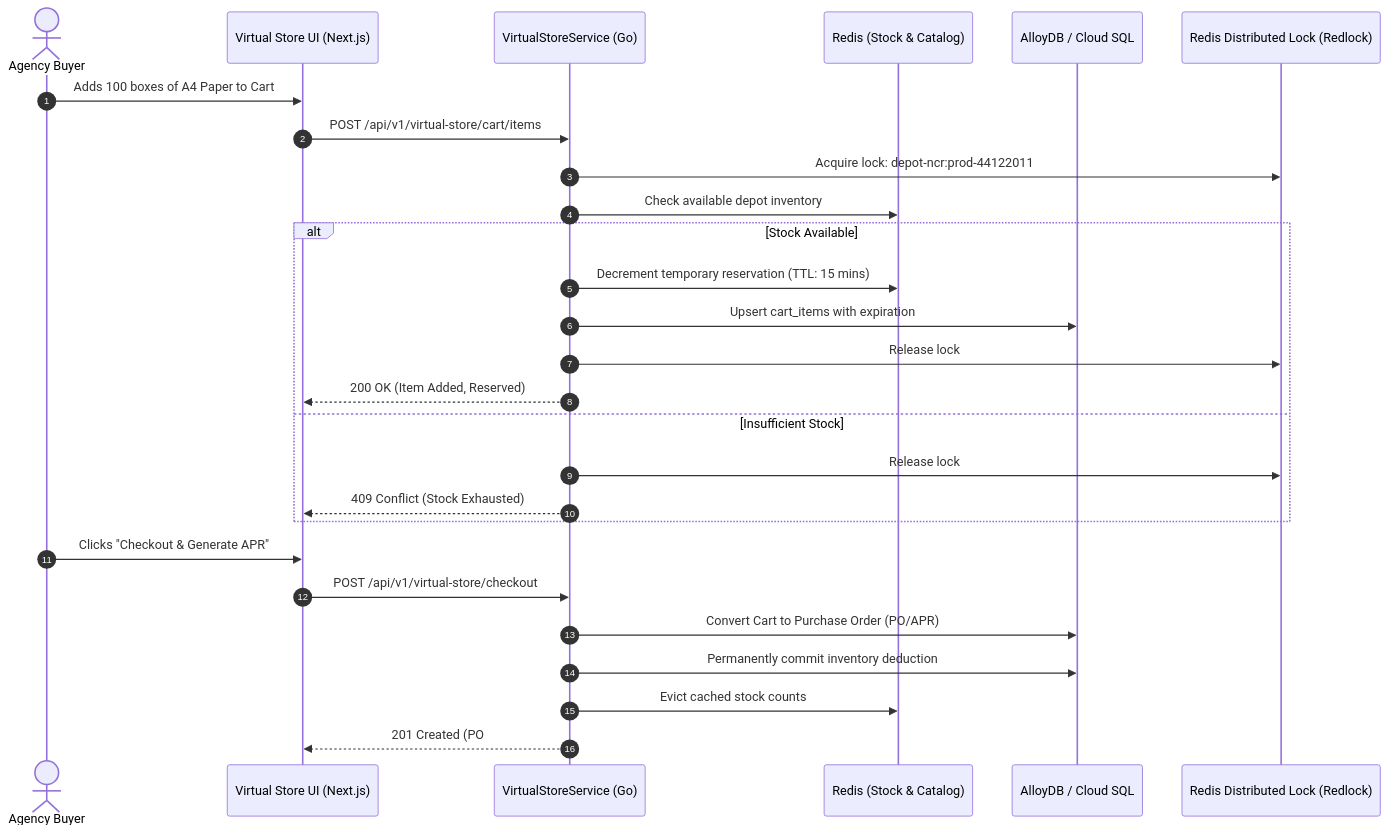
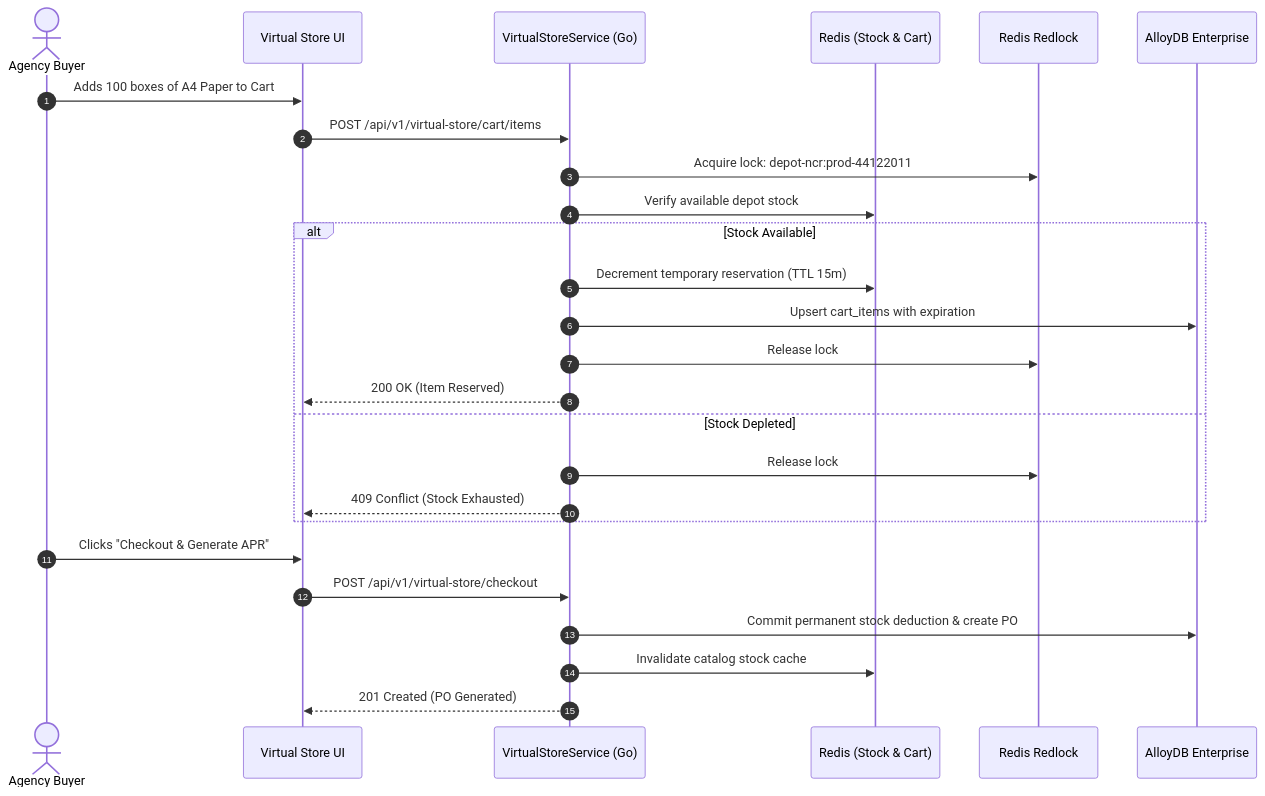
The fourth of 6 diagrams in mPhilGEPS_GoogleCloud_TDD.md (markea/psdbm-philgeps-2026), drawn with Mermaid before and after one commit. The commit also changed other lines of this file and 4 other files, not shown here.

First line of the commit message:
Align BRD, TDD, and Implementation Plan with PS-DBM Gemini Requirements Architecture v1.0

````diff
--- a/mPhilGEPS_GoogleCloud_TDD.md
+++ b/mPhilGEPS_GoogleCloud_TDD.md
@@ -309,31 +272,30 @@
 ```mermaid
 sequenceDiagram
     autonumber
     actor Buyer as Agency Buyer
-    participant UI as Virtual Store UI (Next.js)
+    participant UI as Virtual Store UI
     participant API as VirtualStoreService (Go)
-    participant Cache as Redis (Stock & Catalog)
-    participant DB as AlloyDB / Cloud SQL
-    participant Lock as Redis Distributed Lock (Redlock)
+    participant Cache as Redis (Stock & Cart)
+    participant Lock as Redis Redlock
+    participant DB as AlloyDB Enterprise
 
     Buyer->>UI: Adds 100 boxes of A4 Paper to Cart
     UI->>API: POST /api/v1/virtual-store/cart/items
     API->>Lock: Acquire lock: depot-ncr:prod-44122011
-    API->>Cache: Check available depot inventory
+    API->>Cache: Verify available depot stock
     alt Stock Available
-        API->>Cache: Decrement temporary reservation (TTL: 15 mins)
+        API->>Cache: Decrement temporary reservation (TTL 15m)
         API->>DB: Upsert cart_items with expiration
         API->>Lock: Release lock
-        API-->>UI: 200 OK (Item Added, Reserved)
-    else Insufficient Stock
+        API-->>UI: 200 OK (Item Reserved)
+    else Stock Depleted
         API->>Lock: Release lock
         API-->>UI: 409 Conflict (Stock Exhausted)
     end
 
     Buyer->>UI: Clicks "Checkout & Generate APR"
     UI->>API: POST /api/v1/virtual-store/checkout
-    API->>DB: Convert Cart to Purchase Order (PO/APR)
-    API->>DB: Permanently commit inventory deduction
-    API->>Cache: Evict cached stock counts
-    API-->>UI: 201 Created (PO #PO-2026-8831 generated)
+    API->>DB: Commit permanent stock deduction & create PO
+    API->>Cache: Invalidate catalog stock cache
+    API-->>UI: 201 Created (PO Generated)
 ```
````
